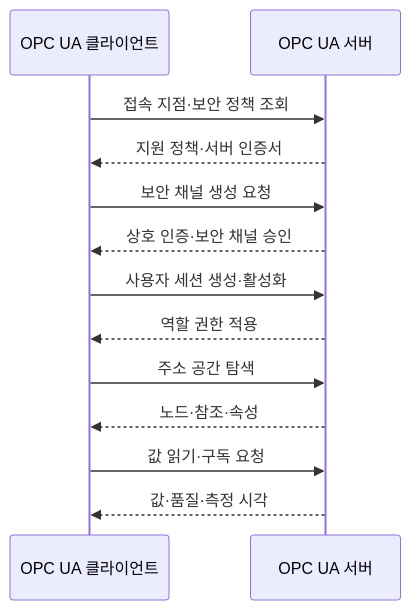
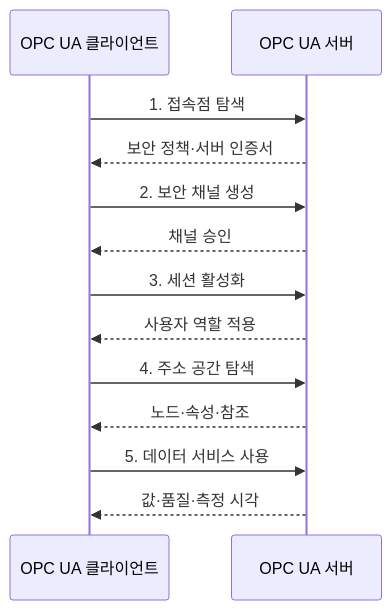
One commit to agnusdei1207/knowledge-base changed the second of 2 diagrams in src/content/docs/notes/04-network/079_opc_ua.md. Above: the diagram before and after it, drawn with Mermaid. The commit also changed other lines of this file and 11 other files, not shown here.

````diff
--- a/src/content/docs/notes/04-network/079_opc_ua.md
+++ b/src/content/docs/notes/04-network/079_opc_ua.md
@@ -87,15 +82,15 @@
 ```mermaid
 sequenceDiagram
     participant C as OPC UA 클라이언트
     participant S as OPC UA 서버
-    C->>S: 접속 지점·보안 정책 조회
-    S-->>C: 지원 정책·서버 인증서
-    C->>S: 보안 채널 생성 요청
-    S-->>C: 상호 인증·보안 채널 승인
-    C->>S: 사용자 세션 생성·활성화
-    S-->>C: 역할 권한 적용
-    C->>S: 주소 공간 탐색
-    S-->>C: 노드·참조·속성
-    C->>S: 값 읽기·구독 요청
+    C->>S: 1. 접속점 탐색
+    S-->>C: 보안 정책·서버 인증서
+    C->>S: 2. 보안 채널 생성
+    S-->>C: 채널 승인
+    C->>S: 3. 세션 활성화
+    S-->>C: 사용자 역할 적용
+    C->>S: 4. 주소 공간 탐색
+    S-->>C: 노드·속성·참조
+    C->>S: 5. 데이터 서비스 사용
     S-->>C: 값·품질·측정 시각
 ```
````
